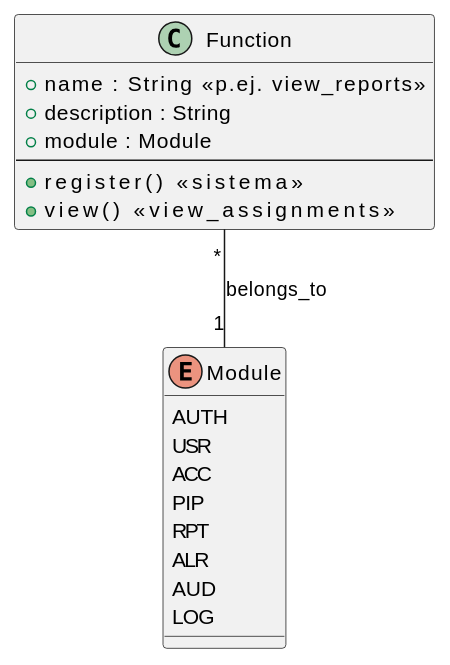
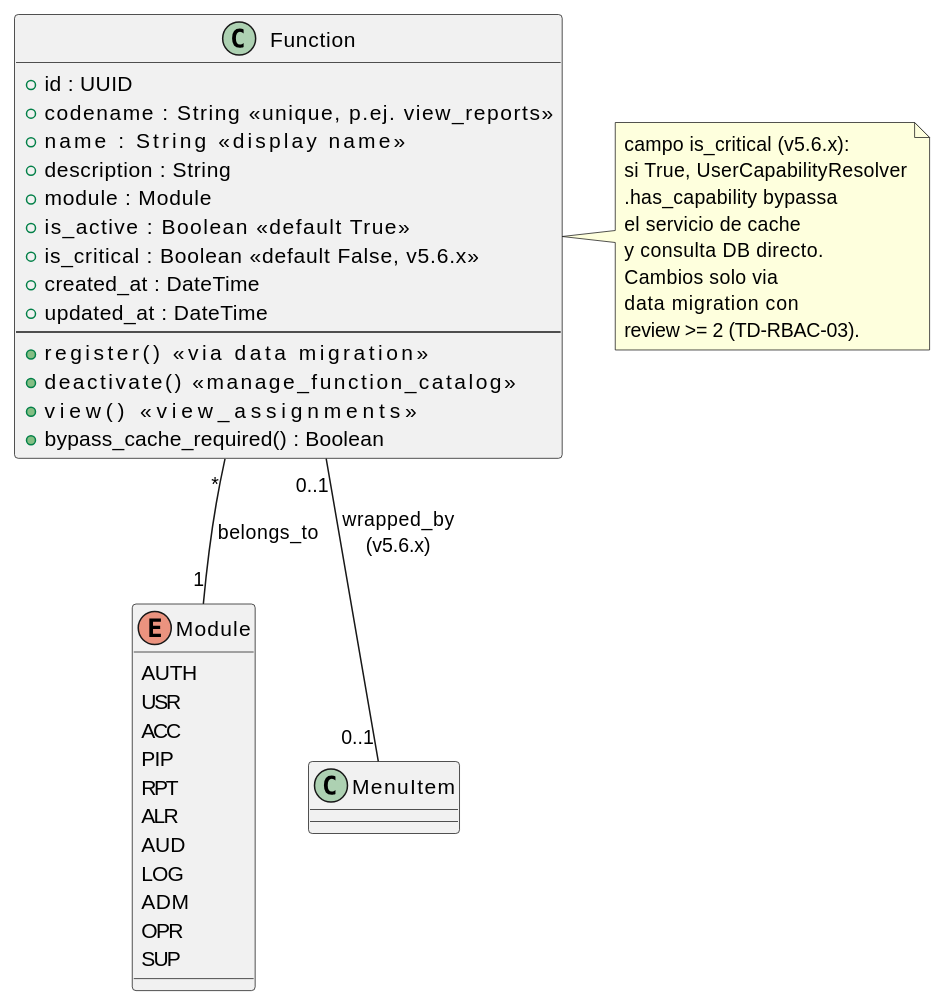
Before and after one commit to jcg-admin/IACT-docs: the diagram in source/arquitectura-tecnica/domain-model/function.rst, drawn with PlantUML. The commit also changed other lines of this file and 16 other files, not shown here.

```diff
--- a/source/arquitectura-tecnica/domain-model/function.rst
+++ b/source/arquitectura-tecnica/domain-model/function.rst
@@ -25,28 +31,51 @@
 .. uml::
- :caption: Clase Function — unidad atomica de permiso RBAC.
+ :caption: Clase Function v2.0.0 — incluye is_critical (v5.6.x).
 
  @startuml
 
  class Function {
-   + name : String          <<p.ej. view_reports>>
+   + id : UUID
+   + codename : String          <<unique, p.ej. view_reports>>
+   + name : String              <<display name>>
    + description : String
    + module : Module
+   + is_active : Boolean        <<default True>>
+   + is_critical : Boolean      <<default False, v5.6.x>>
+   + created_at : DateTime
+   + updated_at : DateTime
    --
-   + register()             <<sistema>>
-   + view()                 <<view_assignments>>
+   + register()                 <<via data migration>>
+   + deactivate()               <<manage_function_catalog>>
+   + view()                     <<view_assignments>>
+   + bypass_cache_required() : Boolean
  }
 
  enum Module {
    AUTH
    USR
    ACC
    PIP
    RPT
    ALR
    AUD
    LOG
+   ADM
+   OPR
+   SUP
  }
 
  Function "*" -- "1" Module : belongs_to
+ Function "0..1" -- "0..1" MenuItem : wrapped_by\n(v5.6.x)
+
+ note right of Function
+   campo is_critical (v5.6.x):
+   si True, UserCapabilityResolver
+   .has_capability bypassa
+   el servicio de cache
+   y consulta DB directo.
+   Cambios solo via
+   data migration con
+   review >= 2 (TD-RBAC-03).
+ end note
 
  @enduml
```
